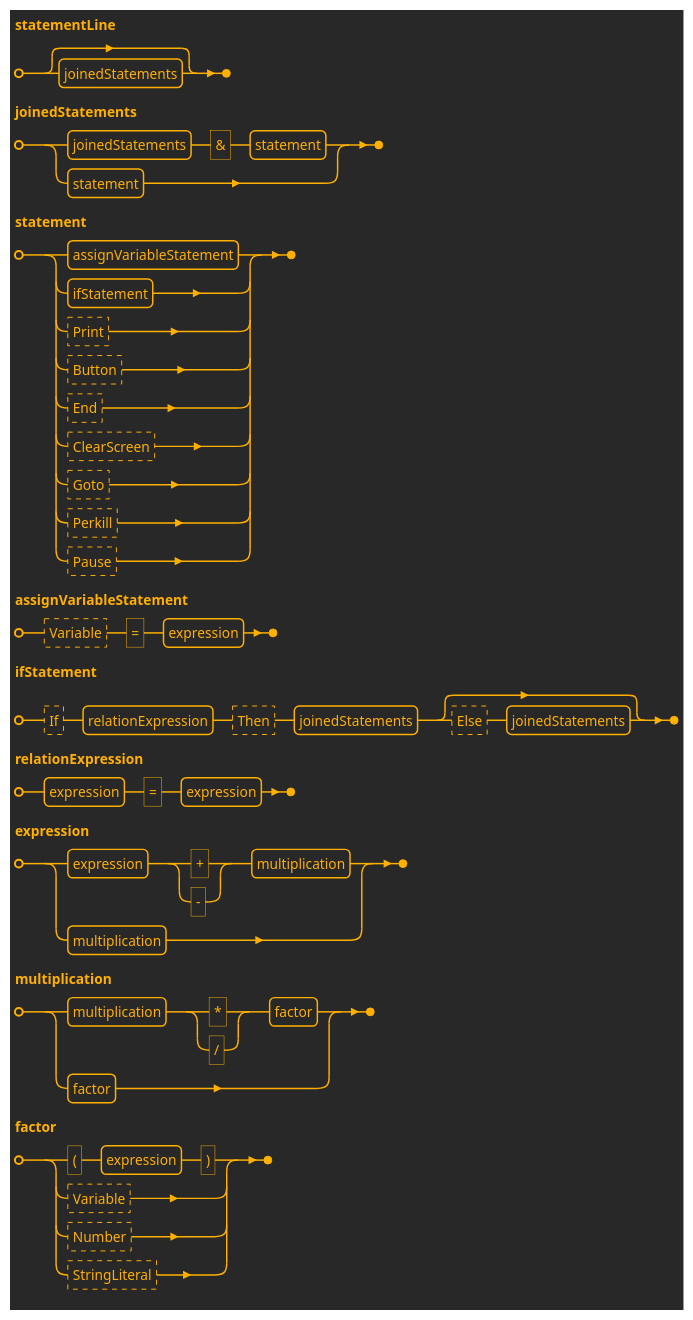
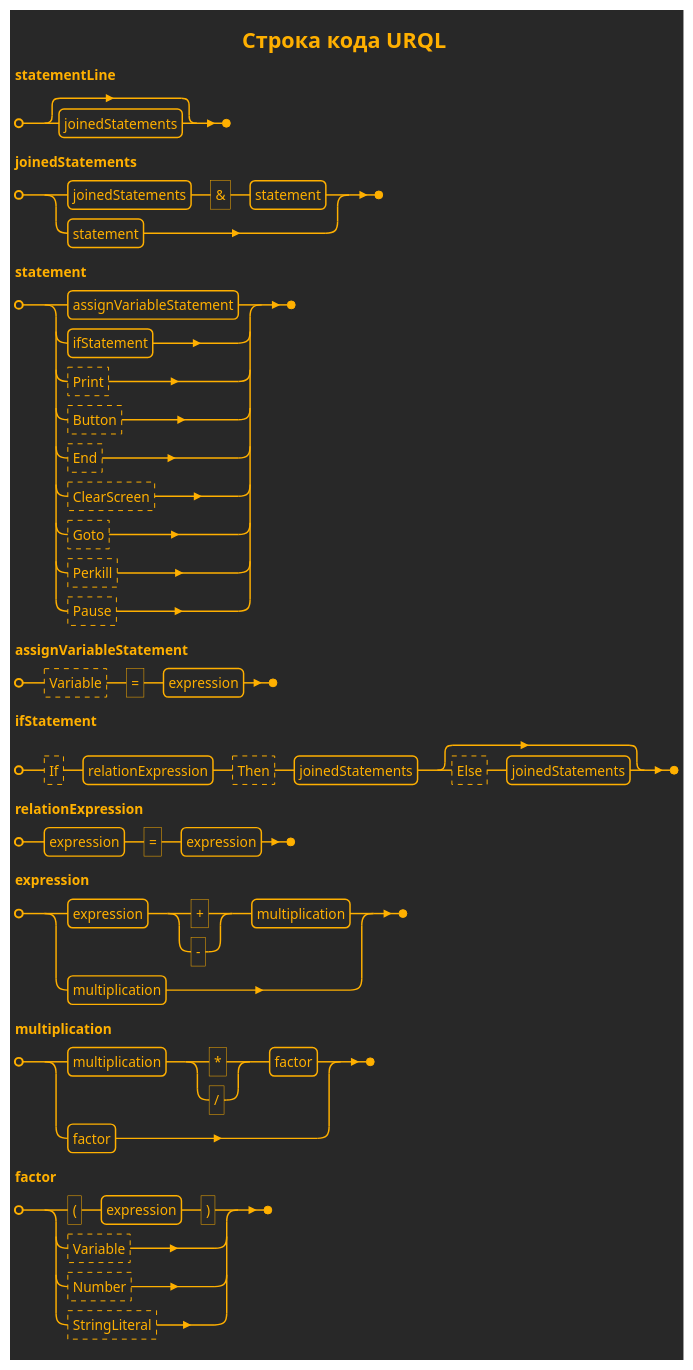
One commit to realsonic/MURQ changed the first of 10 diagrams in Domain/MURQ.Domain/URQL/docs/URQL Lines Syntax.md. Above: the diagram before and after it, drawn with PlantUML. The commit also changed other lines of this file and 2 other files, not shown here.

Commit message:
feat(#145): скобки в выражениях

````diff
--- a/Domain/MURQ.Domain/URQL/docs/URQL Lines Syntax.md
+++ b/Domain/MURQ.Domain/URQL/docs/URQL Lines Syntax.md
@@ -2,39 +2,41 @@
 ```plantuml
 @startebnf URQL Line
 !theme crt-amber
 ' skinparam monochrome reverse
+
+title Строка кода URQL
 
 statementLine = [ joinedStatements ];
 
 joinedStatements = 
       joinedStatements, '&', statement
     | statement;
 
 statement =
     assignVariableStatement
   | ifStatement
   | ?Print?
   | ?Button?
   | ?End?
   | ?ClearScreen?
   | ?Goto?
   | ?Perkill?
   | ?Pause?;
 
 assignVariableStatement = ?Variable?,  '=', expression;
 
 ifStatement = ?If?, relationExpression, ?Then?, joinedStatements, [ ?Else?, joinedStatements ];
 
 relationExpression = expression, '=', expression;
 
 expression =
     expression, ('+' | '-'), multiplication
   | multiplication;
 
 multiplication =
     multiplication, ('*' | "/"), factor
   | factor;
 
 factor = '(', expression, ')' | ?Variable? | ?Number? | ?StringLiteral?;
 @endebnf
 ```
````
